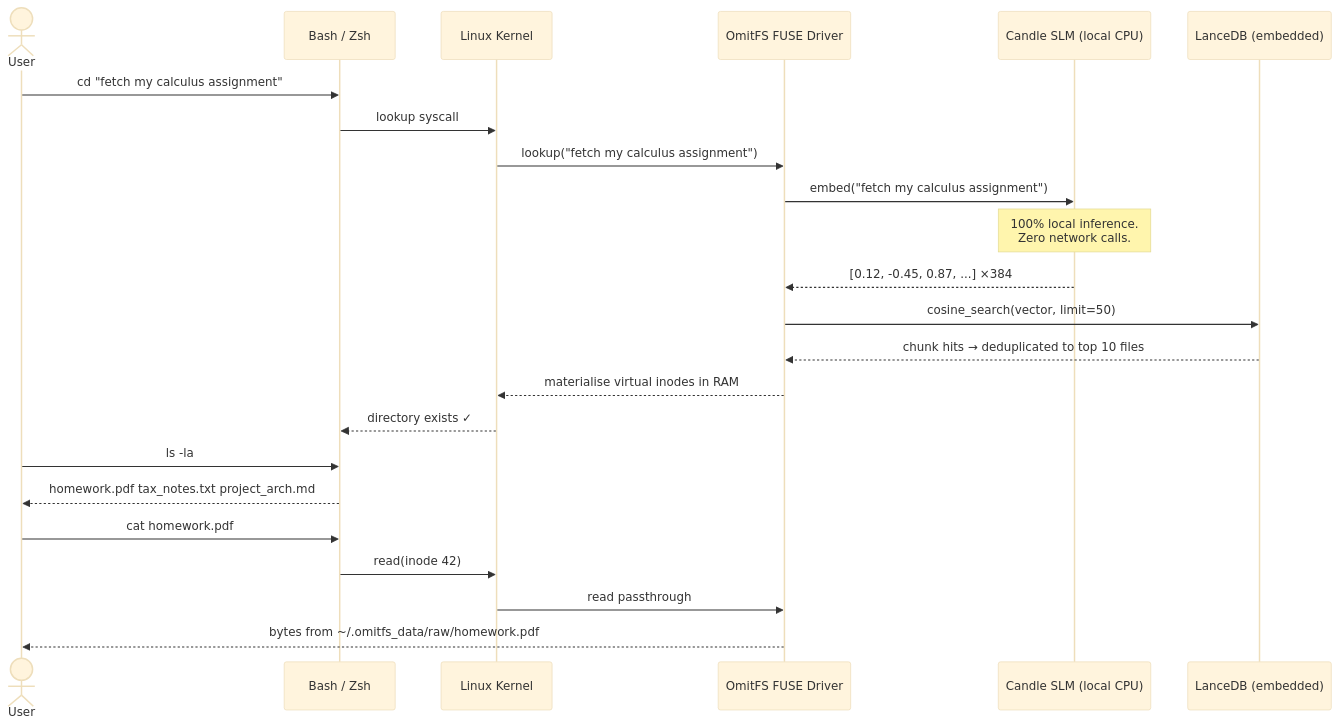
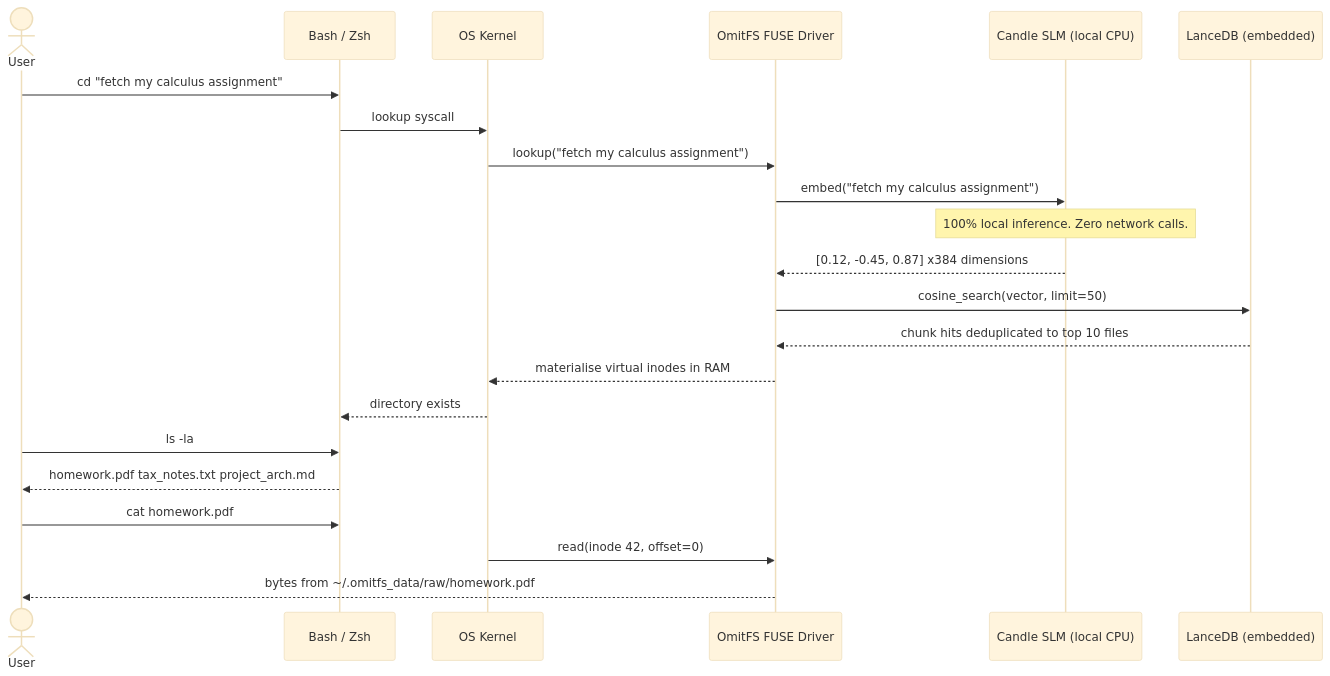
Before and after one commit to Panav-Payappagoudar/OmitFS: the first of 2 diagrams in README.md, drawn with Mermaid (base theme). The commit also changed other lines of this file, not shown here.

````diff
--- a/README.md
+++ b/README.md
@@ -68,26 +67,25 @@
 ```mermaid
 sequenceDiagram
     actor User
     participant Shell as Bash / Zsh
-    participant Kernel as Linux Kernel
+    participant Kernel as OS Kernel
     participant FUSE as OmitFS FUSE Driver
     participant Candle as Candle SLM (local CPU)
     participant Lance as LanceDB (embedded)
 
     User->>Shell: cd "fetch my calculus assignment"
     Shell->>Kernel: lookup syscall
     Kernel->>FUSE: lookup("fetch my calculus assignment")
     FUSE->>Candle: embed("fetch my calculus assignment")
-    Note over Candle: 100% local inference.<br/>Zero network calls.
-    Candle-->>FUSE: [0.12, -0.45, 0.87, ...] ×384
+    Note over Candle: 100% local inference. Zero network calls.
+    Candle-->>FUSE: [0.12, -0.45, 0.87] x384 dimensions
     FUSE->>Lance: cosine_search(vector, limit=50)
-    Lance-->>FUSE: chunk hits → deduplicated to top 10 files
+    Lance-->>FUSE: chunk hits deduplicated to top 10 files
     FUSE-->>Kernel: materialise virtual inodes in RAM
-    Kernel-->>Shell: directory exists ✓
+    Kernel-->>Shell: directory exists
     User->>Shell: ls -la
     Shell-->>User: homework.pdf  tax_notes.txt  project_arch.md
     User->>Shell: cat homework.pdf
-    Shell->>Kernel: read(inode 42)
-    Kernel->>FUSE: read passthrough
+    Kernel->>FUSE: read(inode 42, offset=0)
     FUSE-->>User: bytes from ~/.omitfs_data/raw/homework.pdf
 ```
````
